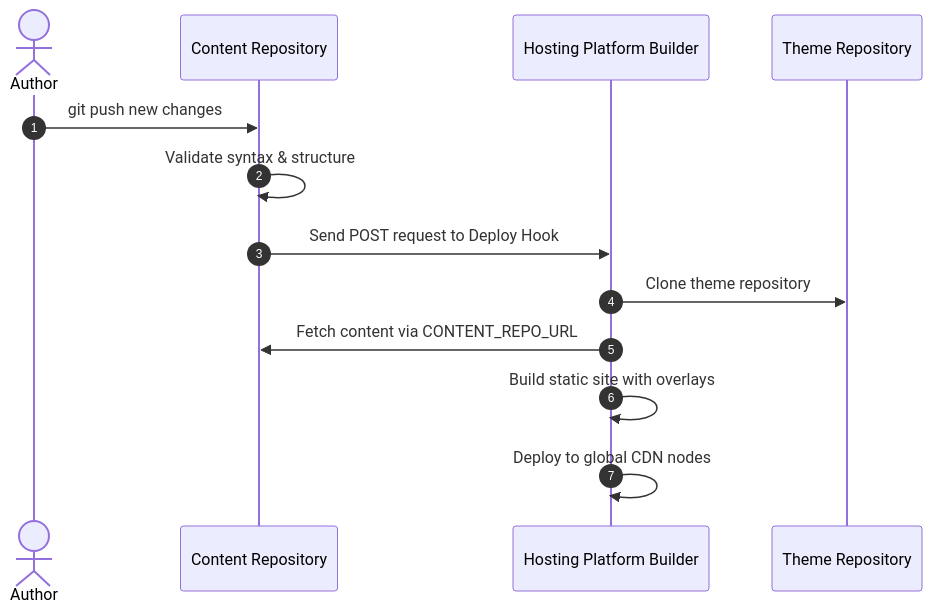
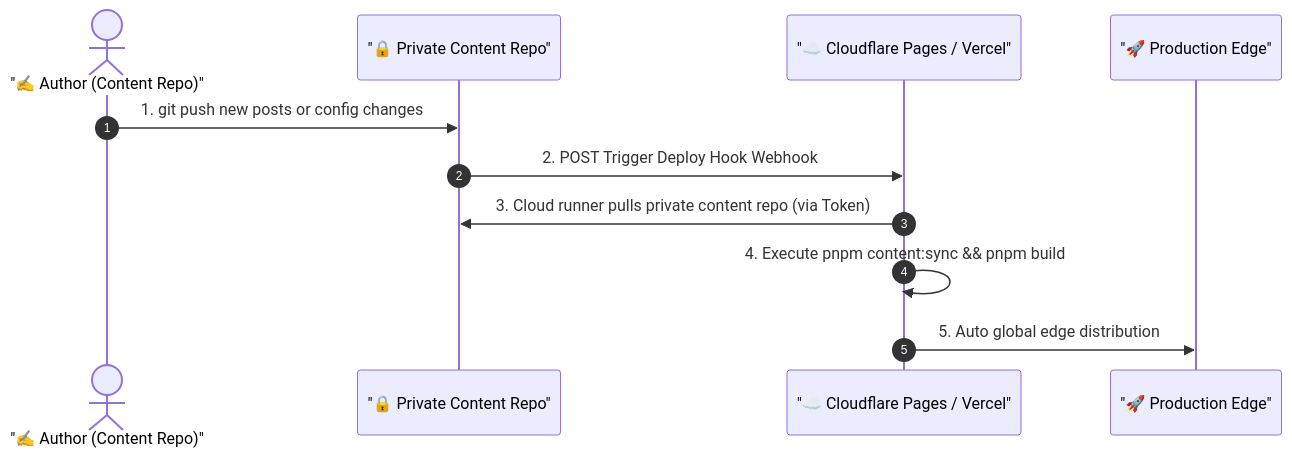
One commit to LyraVoid/Shirone-Docs changed the diagram in docs/en/guide/content-separation/deploy-hooks/README.md. Above: the diagram before and after it, drawn with Mermaid. The commit also changed other lines of this file and 15 other files, not shown here.

Commit message:
docs: update content separation guides with improved terminology, clearer instructions, and enhanced structure for better user experience across setup, deployment, and troubleshooting

````diff
--- a/docs/en/guide/content-separation/deploy-hooks/README.md
+++ b/docs/en/guide/content-separation/deploy-hooks/README.md
@@ -11,16 +13,14 @@
 ```mermaid
 sequenceDiagram
     autonumber
-    actor Author as Author
-    participant ContentRepo as Content Repository
-    participant Hosting as Hosting Platform Builder
-    participant ThemeRepo as Theme Repository
+    actor Author as "✍️ Author (Content Repo)"
+    participant ContentRepo as "🔒 Private Content Repo"
+    participant Cloudflare as "☁️ Cloudflare Pages / Vercel"
+    participant CDN as "🚀 Production Edge"
 
-    Author->>ContentRepo: git push new changes
-    ContentRepo->>ContentRepo: Validate syntax & structure
-    ContentRepo->>Hosting: Send POST request to Deploy Hook
-    Hosting->>ThemeRepo: Clone theme repository
-    Hosting->>ContentRepo: Fetch content via CONTENT_REPO_URL
-    Hosting->>Hosting: Build static site with overlays
-    Hosting->>Hosting: Deploy to global CDN nodes
+    Author->>ContentRepo: 1. git push new posts or config changes
+    ContentRepo->>Cloudflare: 2. POST Trigger Deploy Hook Webhook
+    Cloudflare->>ContentRepo: 3. Cloud runner pulls private content repo (via Token)
+    Cloudflare->>Cloudflare: 4. Execute pnpm content:sync && pnpm build
+    Cloudflare->>CDN: 5. Auto global edge distribution
 ```
````
